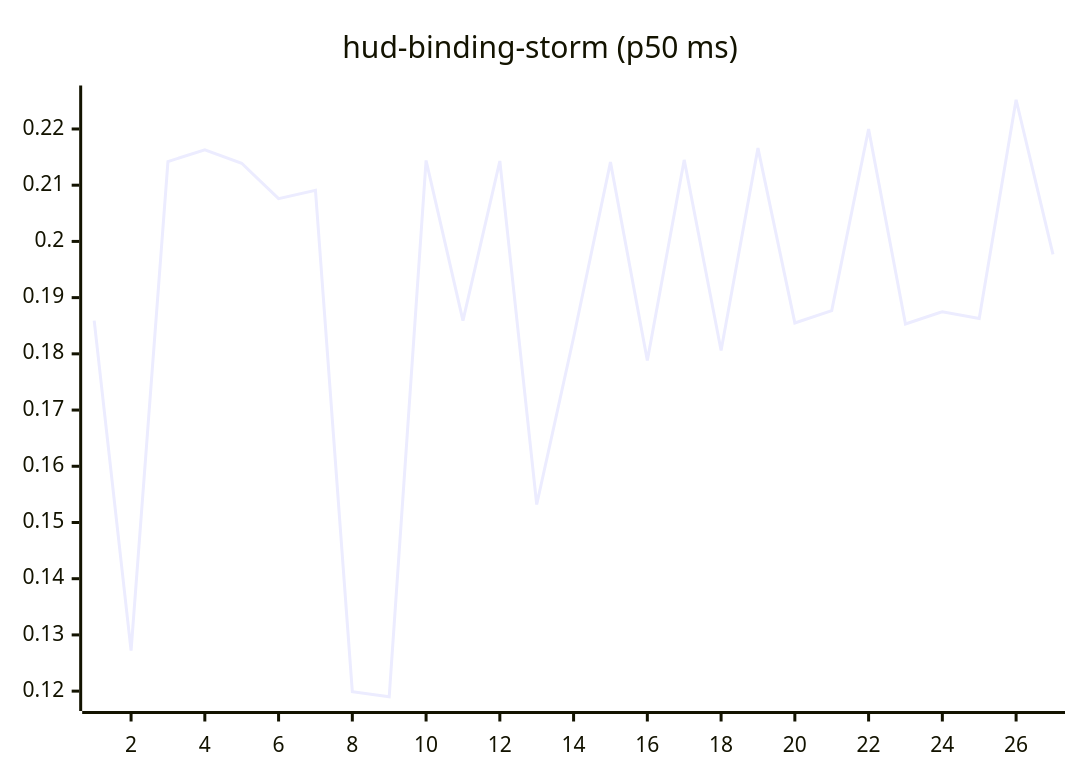
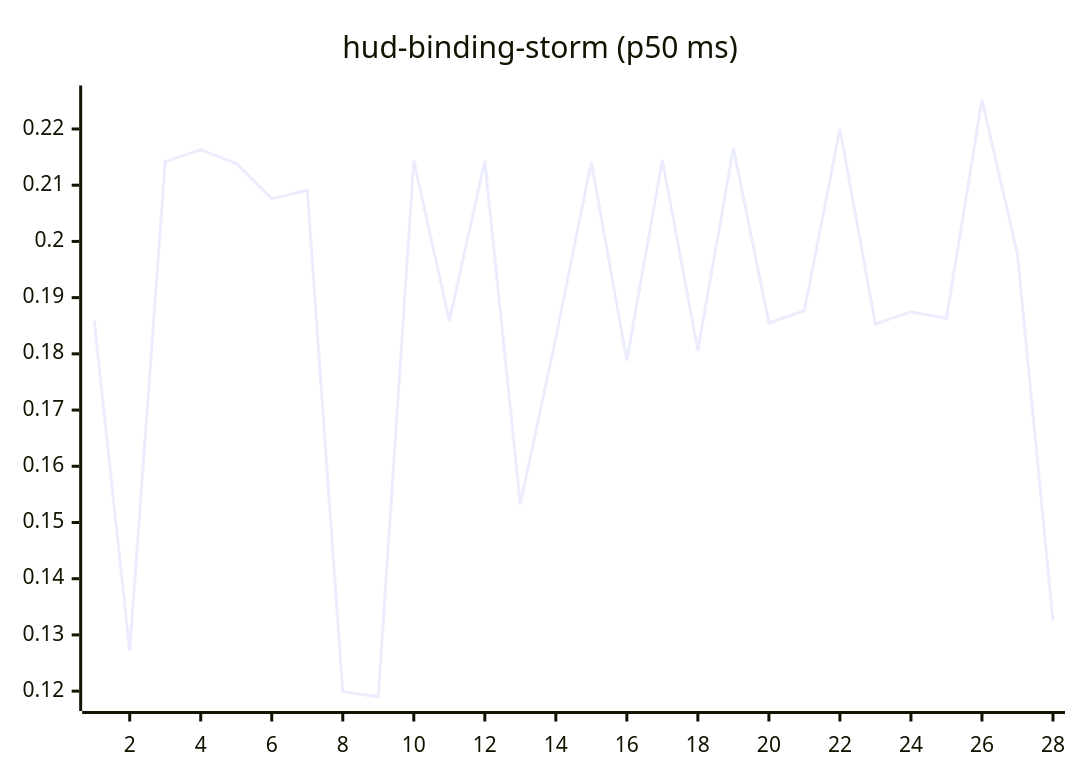
Before and after one commit to josha/Facet: the tenth of 27 diagrams in README.md, drawn with Mermaid. The commit also changed other lines of this file and 2 other files, not shown here.

````diff
--- a/README.md
+++ b/README.md
@@ -126,6 +126,6 @@
 ```mermaid
 xychart-beta
     title "hud-binding-storm (p50 ms)"
-    x-axis 1 --> 27
-    line [0.1859, 0.1272, 0.2142, 0.2163, 0.2139, 0.2076, 0.2091, 0.1199, 0.1190, 0.2144, 0.1859, 0.2143, 0.1532, 0.1829, 0.2141, 0.1788, 0.2145, 0.1806, 0.2166, 0.1855, 0.1877, 0.2200, 0.1853, 0.1875, 0.1863, 0.2252, 0.1977]
+    x-axis 1 --> 28
+    line [0.1859, 0.1272, 0.2142, 0.2163, 0.2139, 0.2076, 0.2091, 0.1199, 0.1190, 0.2144, 0.1859, 0.2143, 0.1532, 0.1829, 0.2141, 0.1788, 0.2145, 0.1806, 0.2166, 0.1855, 0.1877, 0.2200, 0.1853, 0.1875, 0.1863, 0.2252, 0.1977, 0.1325]
 ```
````
